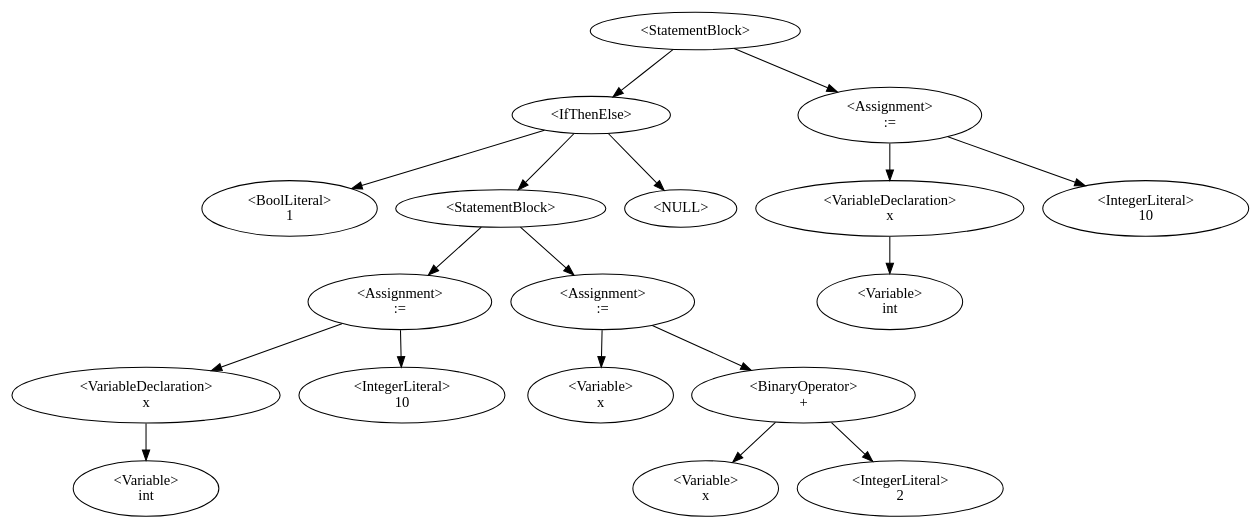
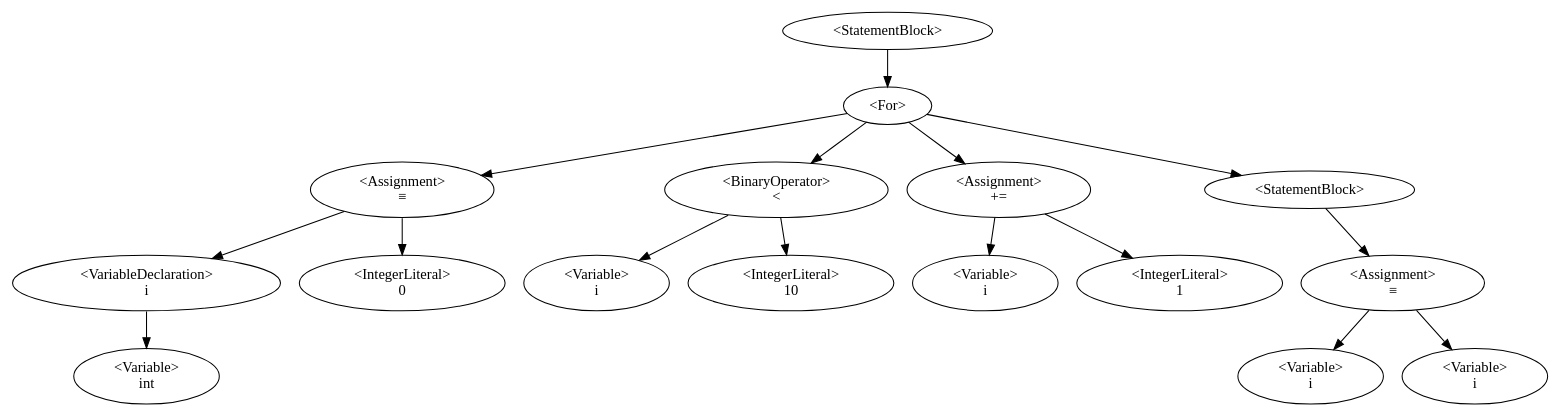
The diagram in Dino/Dino/AstDisplay.gv (QazmoQwerty/dino), drawn with Graphviz before and after one commit. The commit also changed 4 other files, not shown here.

```diff
--- a/Dino/Dino/AstDisplay.gv
+++ b/Dino/Dino/AstDisplay.gv
@@ -1,19 +1,18 @@
 digraph G {
-0 [label="<StatementBlock>"];0->1;0->15;
-1 [label="<IfThenElse>"];1->2;1->3;1->-1;-1 [label="<NULL>"];
-2 [label="<BoolLiteral>\n1"];
-3 [label="<StatementBlock>"];3->6;3->9;
-6 [label="<Assignment>\n:="];6->5;6->7;
-5 [label="<VariableDeclaration>\nx"];5->4;
-4 [label="<Variable>\nint"];
-7 [label="<IntegerLiteral>\n10"];
-9 [label="<Assignment>\n:="];9->8;9->11;
-8 [label="<Variable>\nx"];
-11 [label="<BinaryOperator>\n+"];11->10;11->12;
-10 [label="<Variable>\nx"];
-12 [label="<IntegerLiteral>\n2"];
-15 [label="<Assignment>\n:="];15->14;15->16;
-14 [label="<VariableDeclaration>\nx"];14->13;
-13 [label="<Variable>\nint"];
-16 [label="<IntegerLiteral>\n10"];
+0 [label="<StatementBlock>"];0->1;
+1 [label="<For>"];1->4;1->7;1->10;1->12;
+4 [label="<Assignment>\n≡"];4->3;4->5;
+3 [label="<VariableDeclaration>\ni"];3->2;
+2 [label="<Variable>\nint"];
+5 [label="<IntegerLiteral>\n0"];
+7 [label="<BinaryOperator>\n<"];7->6;7->8;
+6 [label="<Variable>\ni"];
+8 [label="<IntegerLiteral>\n10"];
+10 [label="<Assignment>\n+="];10->9;10->11;
+9 [label="<Variable>\ni"];
+11 [label="<IntegerLiteral>\n1"];
+12 [label="<StatementBlock>"];12->14;
+14 [label="<Assignment>\n≡"];14->13;14->15;
+13 [label="<Variable>\ni"];
+15 [label="<Variable>\ni"];
 }
```
